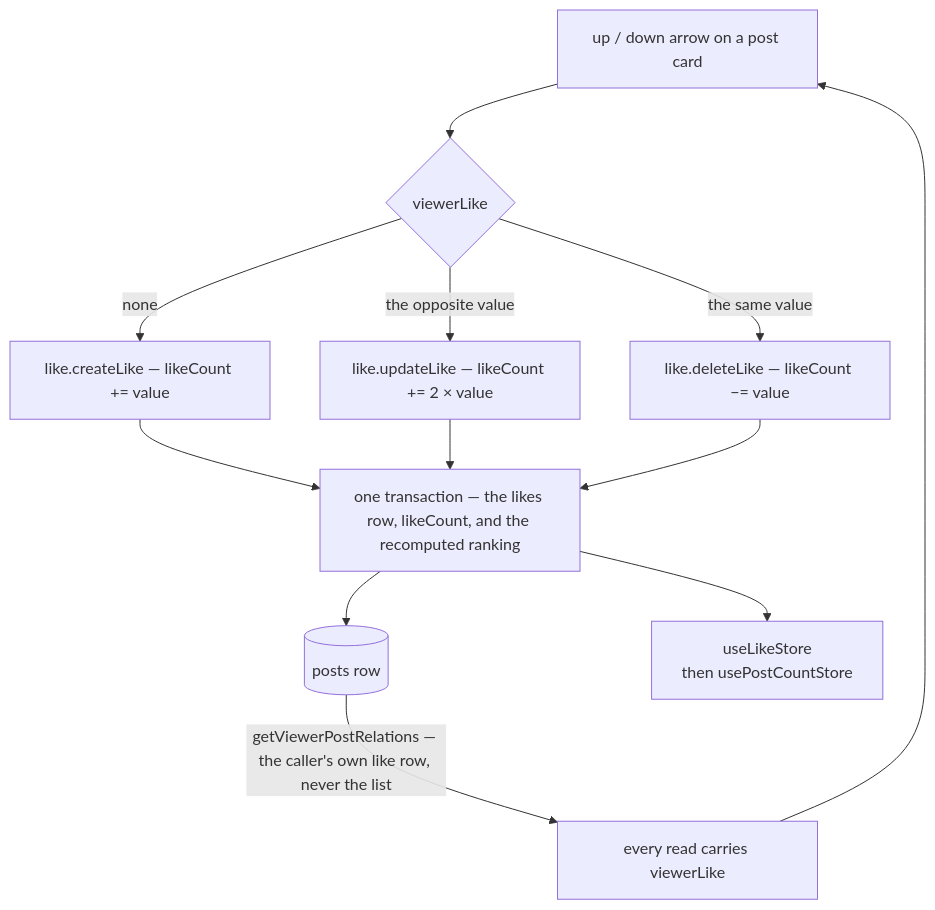
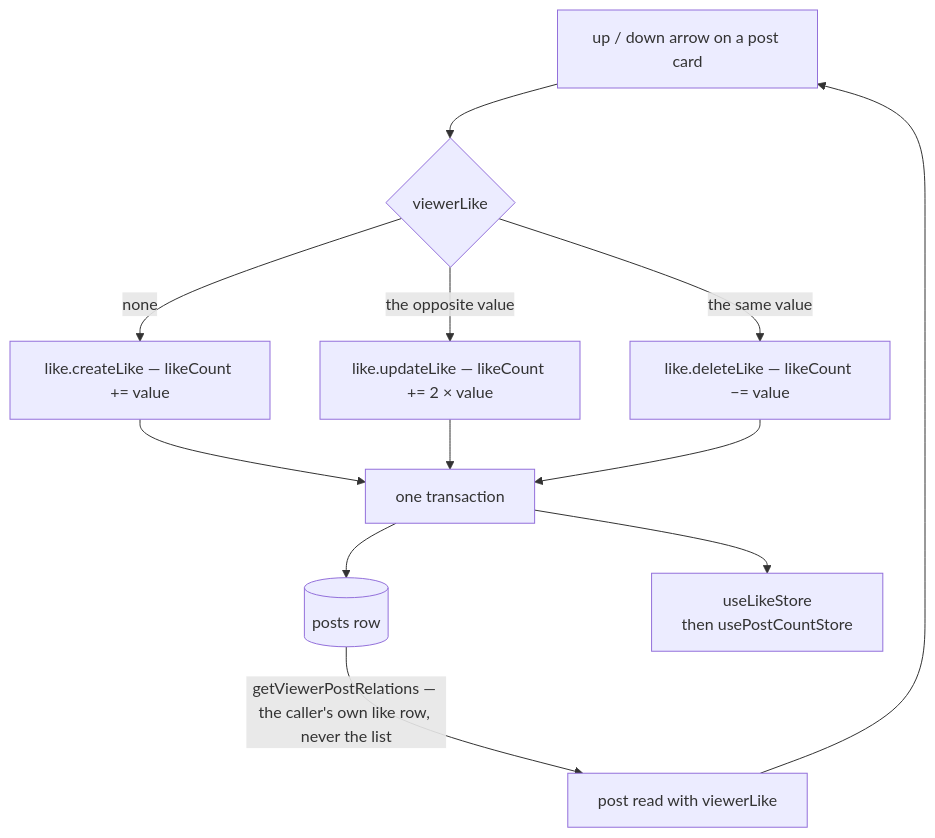
The diagram in openspec/specs/post/likes/design.md (Esposter/Esposter), drawn with Mermaid before and after one commit. The commit also changed 8 other files, not shown here.

````diff
--- a/openspec/specs/post/likes/design.md
+++ b/openspec/specs/post/likes/design.md
@@ -7,14 +7,14 @@
 ```mermaid
 flowchart TD
   arrows["up / down arrow on a post card"] --> pick{"viewerLike"}
   pick -->|"none"| createLike["like.createLike — likeCount += value"]
   pick -->|"the opposite value"| updateLike["like.updateLike — likeCount += 2 × value"]
   pick -->|"the same value"| deleteLike["like.deleteLike — likeCount −= value"]
   createLike --> txn
   updateLike --> txn
-  deleteLike --> txn["one transaction — the likes row, likeCount, and the recomputed ranking"]
+  deleteLike --> txn["one transaction"]
   txn --> row[("posts row")]
   txn --> patch["useLikeStore<br/>then usePostCountStore"]
-  row -->|"getViewerPostRelations — the caller's own like row, never the list"| viewer["every read carries viewerLike"]
+  row -->|"getViewerPostRelations — the caller's own like row, never the list"| viewer["post read with viewerLike"]
   viewer --> arrows
 ```
````
